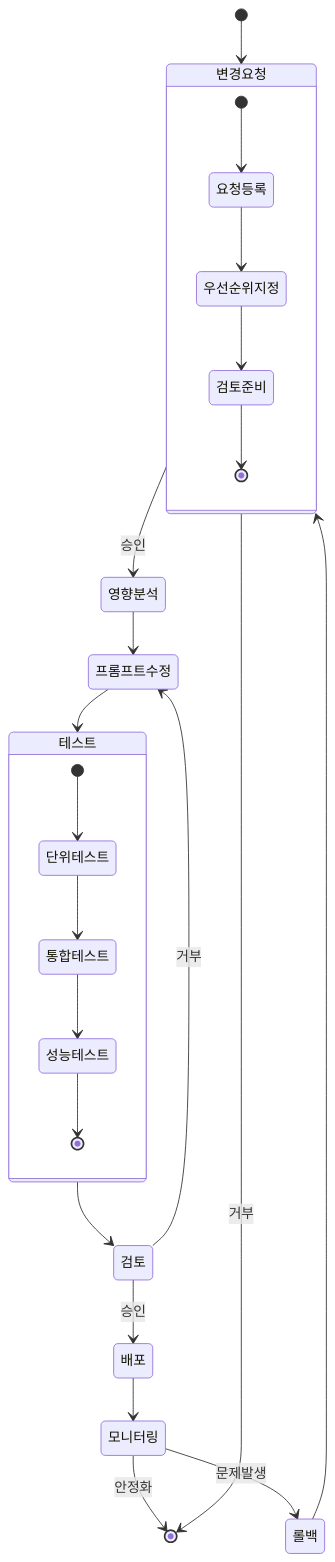
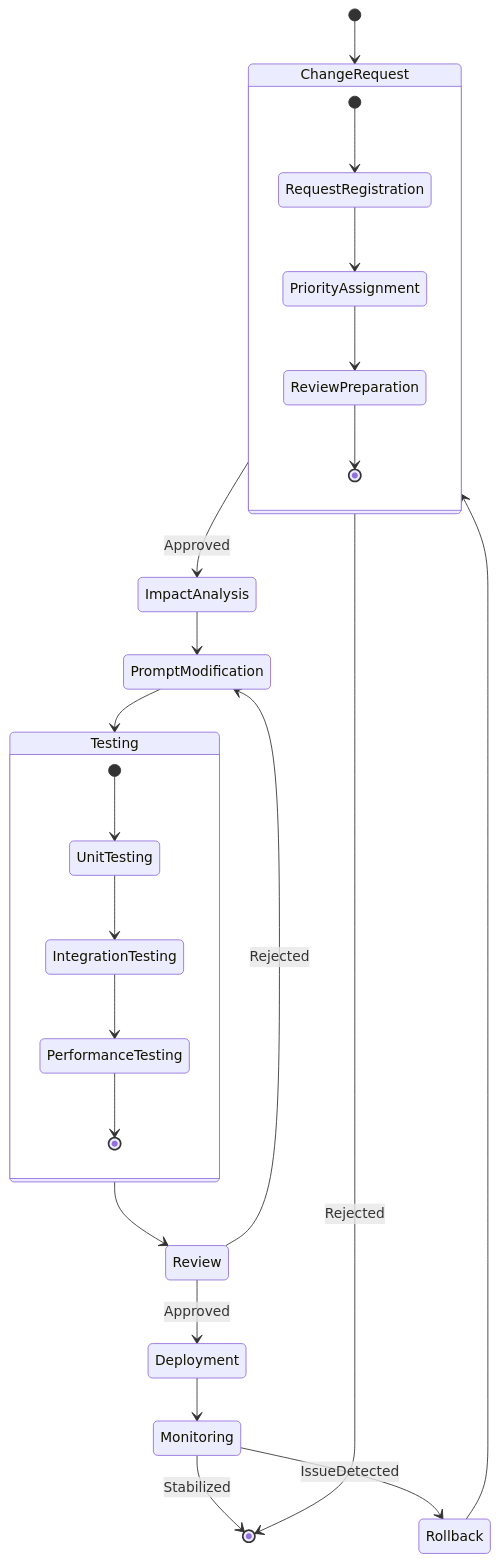
The fourth of 4 diagrams in 6.prompt-driven-development-methodology-review.md (bbalganjjm/prompt-driven-development), drawn with Mermaid before and after one commit. The commit also changed other lines of this file and 3 other files, not shown here.

````diff
--- a/6.prompt-driven-development-methodology-review.md
+++ b/6.prompt-driven-development-methodology-review.md
@@ -180,29 +178,29 @@
 ```mermaid
 stateDiagram-v2
-    [*] --> 변경요청
-    변경요청 --> 영향분석: 승인
-    변경요청 --> [*]: 거부
-    영향분석 --> 프롬프트수정
-    프롬프트수정 --> 테스트
-    테스트 --> 검토
-    검토 --> 배포: 승인
-    검토 --> 프롬프트수정: 거부
-    배포 --> 모니터링
-    모니터링 --> [*]: 안정화
-    모니터링 --> 롤백: 문제발생
-    롤백 --> 변경요청
+    [*] --> ChangeRequest
+    ChangeRequest --> ImpactAnalysis: Approved
+    ChangeRequest --> [*]: Rejected
+    ImpactAnalysis --> PromptModification
+    PromptModification --> Testing
+    Testing --> Review
+    Review --> Deployment: Approved
+    Review --> PromptModification: Rejected
+    Deployment --> Monitoring
+    Monitoring --> [*]: Stabilized
+    Monitoring --> Rollback: IssueDetected
+    Rollback --> ChangeRequest
     
-    state 변경요청 {
-        [*] --> 요청등록
-        요청등록 --> 우선순위지정
-        우선순위지정 --> 검토준비
-        검토준비 --> [*]
+    state ChangeRequest {
+        [*] --> RequestRegistration
+        RequestRegistration --> PriorityAssignment
+        PriorityAssignment --> ReviewPreparation
+        ReviewPreparation --> [*]
     }
     
-    state 테스트 {
-        [*] --> 단위테스트
-        단위테스트 --> 통합테스트
-        통합테스트 --> 성능테스트
-        성능테스트 --> [*]
+    state Testing {
+        [*] --> UnitTesting
+        UnitTesting --> IntegrationTesting
+        IntegrationTesting --> PerformanceTesting
+        PerformanceTesting --> [*]
     }
 ```
````
